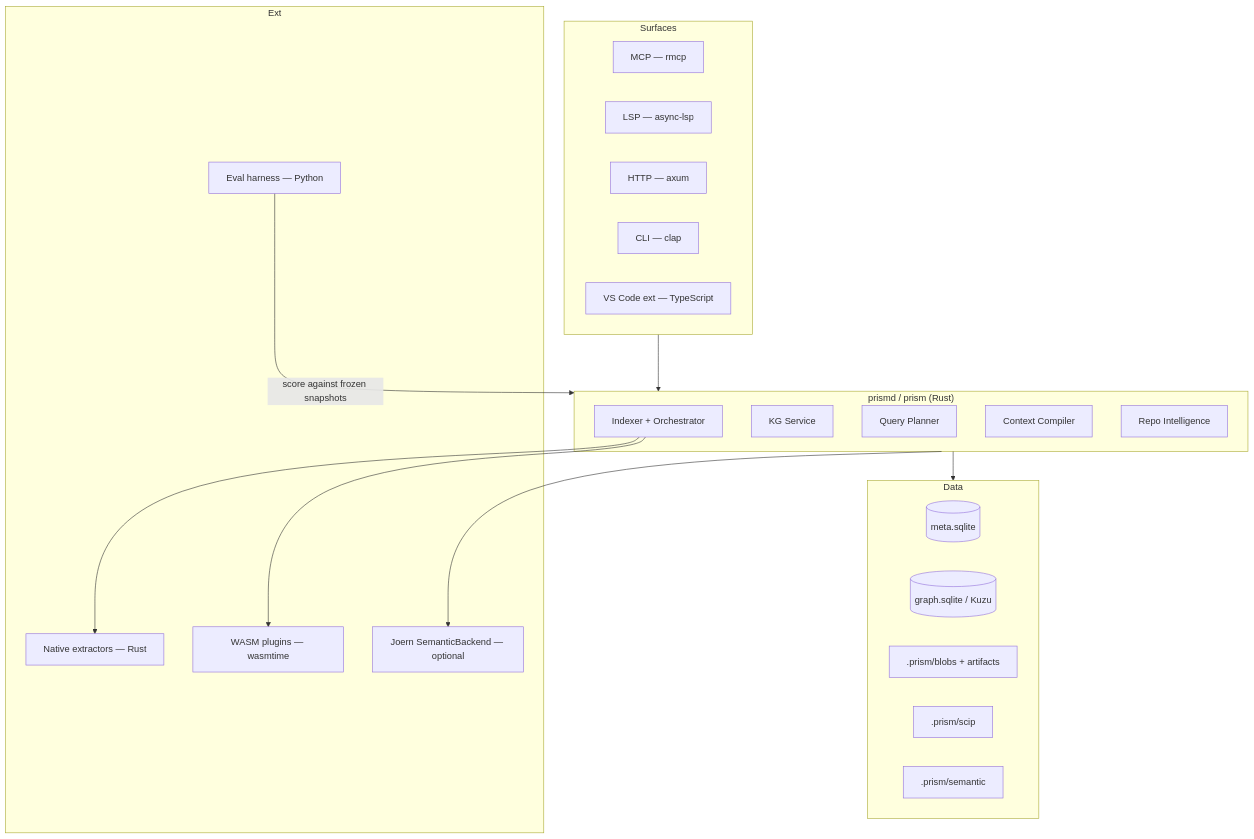
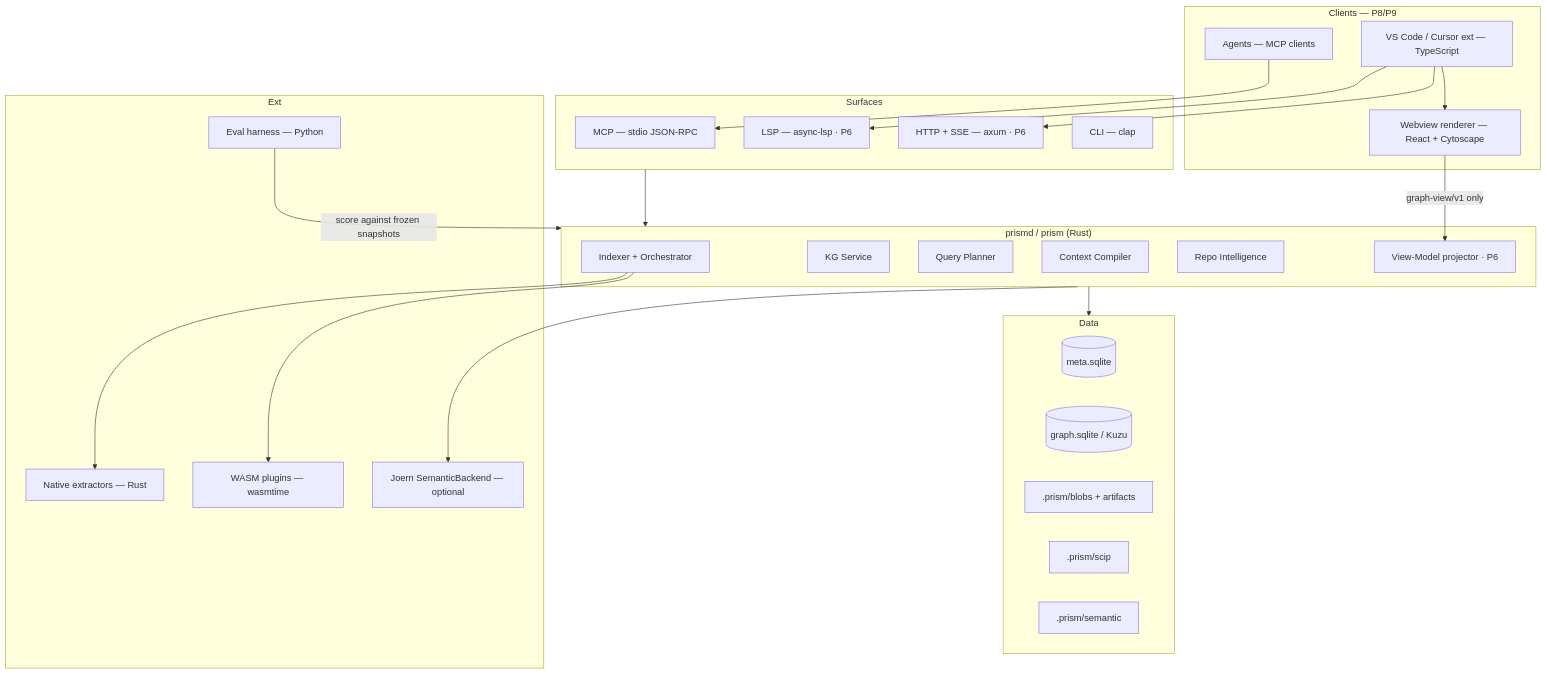
Before and after one commit to Md-Jazbee/prism: the diagram in docs/architecture/TECH-STACK-AND-PROJECT-STRUCTURE.md, drawn with Mermaid. The commit also changed other lines of this file and 68 other files, not shown here.

````diff
--- a/docs/architecture/TECH-STACK-AND-PROJECT-STRUCTURE.md
+++ b/docs/architecture/TECH-STACK-AND-PROJECT-STRUCTURE.md
@@ -67,40 +81,51 @@
 ```mermaid
 flowchart TB
+    subgraph Clients["Clients — P8/P9"]
+      VSC[VS Code / Cursor ext — TypeScript]
+      WEBV[Webview renderer — React + Cytoscape]
+      AGENT[Agents — MCP clients]
+    end
+
     subgraph Surfaces
-      MCP[MCP — rmcp]
-      LSP[LSP — async-lsp]
-      HTTP[HTTP — axum]
+      MCP[MCP — stdio JSON-RPC]
+      LSP[LSP — async-lsp · P6]
+      HTTP[HTTP + SSE — axum · P6]
       CLI[CLI — clap]
-      VSC[VS Code ext — TypeScript]
     end
 
     subgraph Core["prismd / prism (Rust)"]
       IDX[Indexer + Orchestrator]
       KG[KG Service]
       QP[Query Planner]
       CC[Context Compiler]
       RI[Repo Intelligence]
+      VIEW[View-Model projector · P6]
     end
 
     subgraph Data
       META[(meta.sqlite)]
       GRAPH[(graph.sqlite / Kuzu)]
       BLOB[.prism/blobs + artifacts]
       SCIP[.prism/scip]
       SEM[.prism/semantic]
     end
 
     subgraph Ext
       NAT[Native extractors — Rust]
       WASM[WASM plugins — wasmtime]
       JOERN[Joern SemanticBackend — optional]
       PY[Eval harness — Python]
     end
 
+    VSC --> HTTP
+    VSC --> LSP
+    VSC --> WEBV
+    AGENT --> MCP
+    WEBV -->|graph-view/v1 only| VIEW
     Surfaces --> Core
     Core --> Data
     IDX --> NAT
     IDX --> WASM
     Core --> JOERN
     PY -->|score against frozen snapshots| Core
 ```
````
